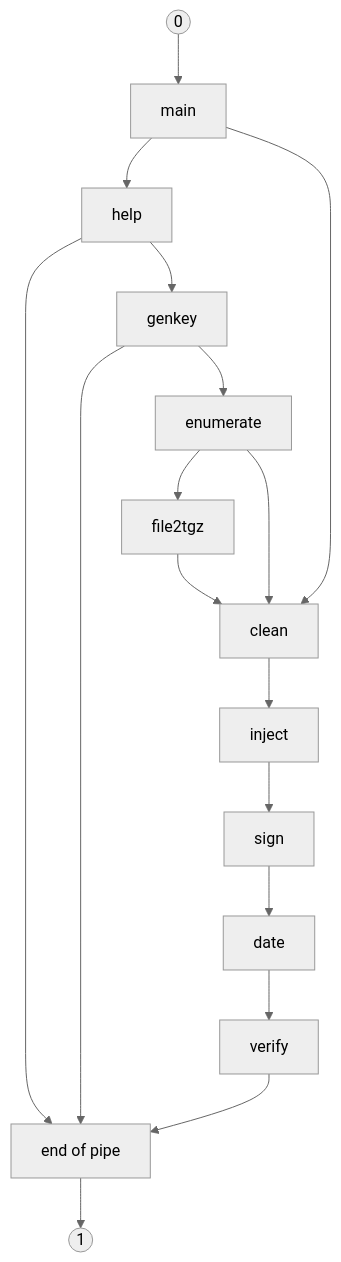
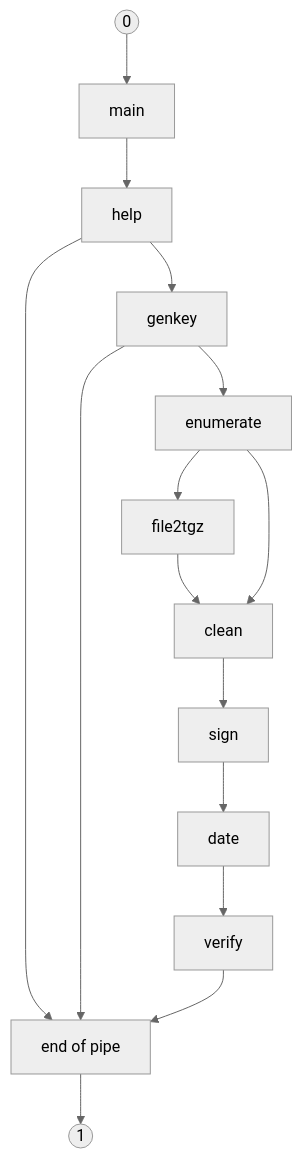
One commit to tibolpol/sealgood changed the first of 16 diagrams in docs/fr/sealgood.md. Above: the diagram before and after it, drawn with Mermaid (neutral theme). The commit also changed other lines of this file and 20 other files, not shown here.

````diff
--- a/docs/fr/sealgood.md
+++ b/docs/fr/sealgood.md
@@ -32,19 +32,29 @@
 ```mermaid
 flowchart TB
 stdin((0)) --> main
 main --> help
 help --> genkey
 help --> end_of_pipe
 genkey --> enumerate
 genkey --> end_of_pipe
 enumerate --> file2tgz
 file2tgz --> clean
 enumerate --> clean
-main --> clean
-clean --> inject
-inject --> sign
+clean --> sign
 sign --> date
 date --> verify
 verify --> end_of_pipe
 end_of_pipe[end of pipe] --> stdout((1))
+click lookup "#lookup"
+click clean "#clean"
+click date "#date"
+click end_of_pipe "#end_of_pipe"
+click enumerate "#enumerate"
+click file2tgz "#file2tgz"
+click genkey "#genkey"
+click help "#help"
+click inject "#inject"
+click main "#main"
+click sign "#sign"
+click verify "#verify"
 ```
````
